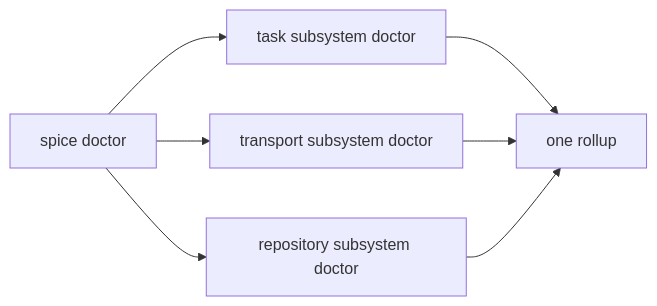
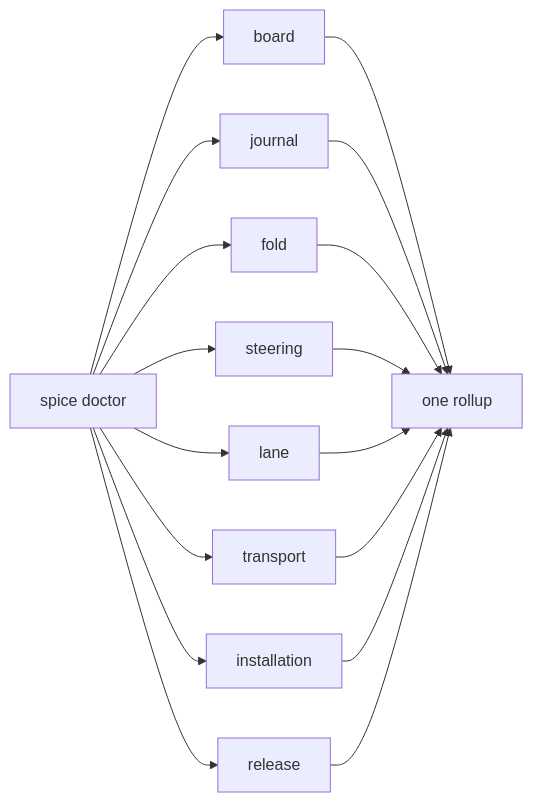
The ninth of 13 diagrams in docs/product/interfaces.md (infimalabs/spice-rust), drawn with Mermaid before and after one commit. The commit also changed other lines of this file and 71 other files, not shown here.

````diff
--- a/docs/product/interfaces.md
+++ b/docs/product/interfaces.md
@@ -235,9 +251,19 @@
 ```mermaid
 flowchart LR
-  D["spice doctor"] --> TaskDoctor["task subsystem doctor"]
-  D --> TransportDoctor["transport subsystem doctor"]
-  D --> RepositoryDoctor["repository subsystem doctor"]
-  TaskDoctor --> R["one rollup"]
-  TransportDoctor --> R
-  RepositoryDoctor --> R
+  D["spice doctor"] --> Board["board"]
+  D --> Journal["journal"]
+  D --> Fold["fold"]
+  D --> Steering["steering"]
+  D --> Lane["lane"]
+  D --> Transport["transport"]
+  D --> Installation["installation"]
+  D --> Release["release"]
+  Board --> R["one rollup"]
+  Journal --> R
+  Fold --> R
+  Steering --> R
+  Lane --> R
+  Transport --> R
+  Installation --> R
+  Release --> R
 ```
````
